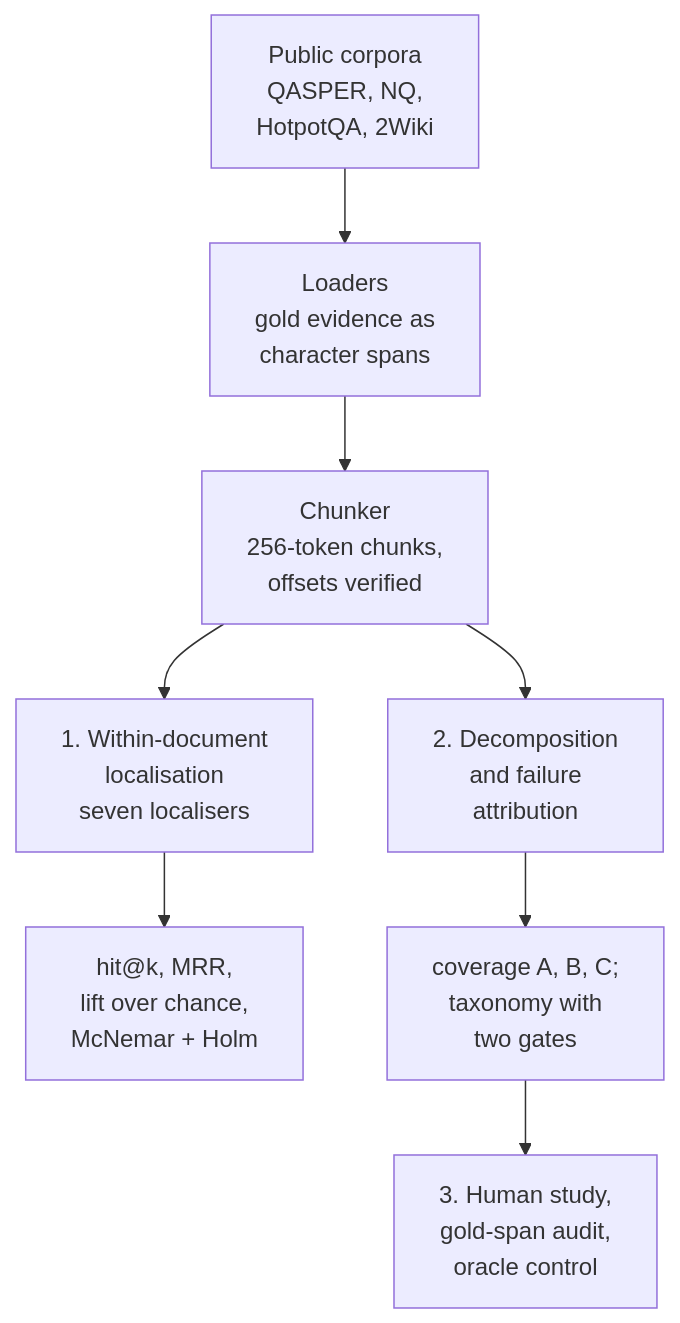
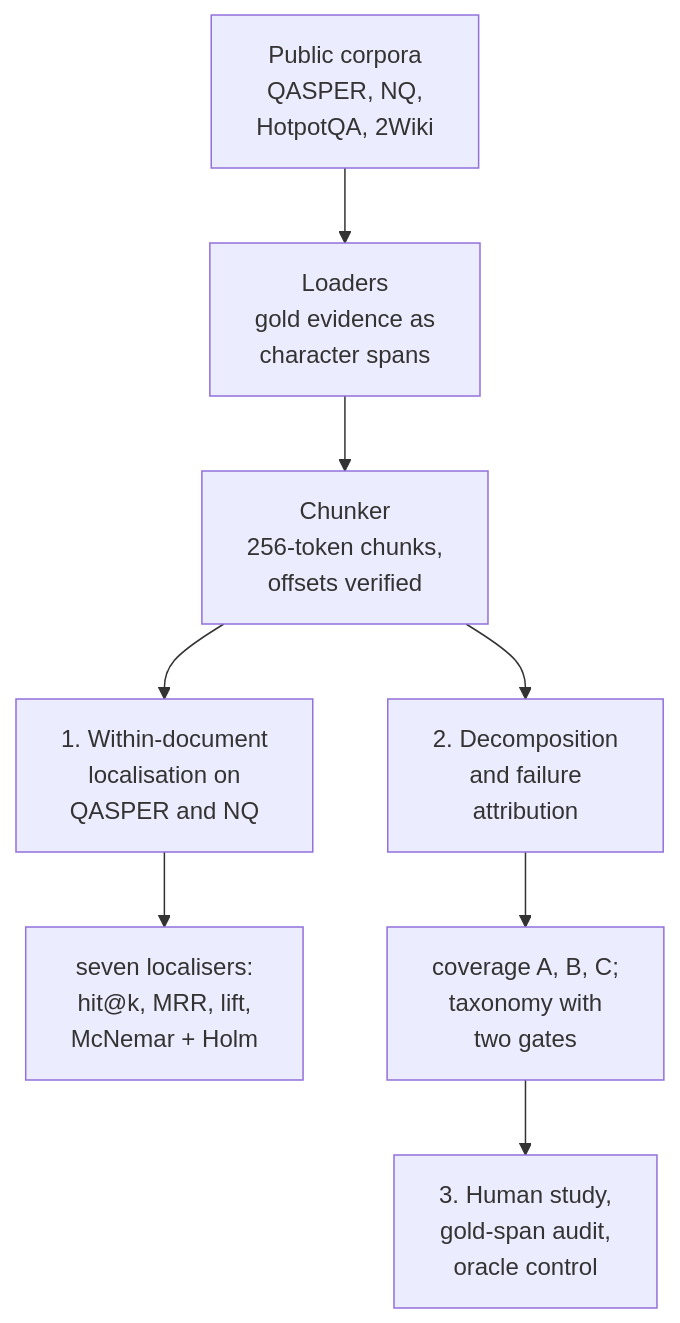
Before and after one commit to pouyapd/TrustRAG: the diagram in README.md, drawn with Mermaid. The commit also changed other lines of this file and 4 other files, not shown here.

````diff
--- a/README.md
+++ b/README.md
@@ -64,10 +64,10 @@
 ```mermaid
 flowchart TD
     A["Public corpora<br/>QASPER, NQ,<br/>HotpotQA, 2Wiki"] --> B["Loaders<br/>gold evidence as<br/>character spans"]
     B --> C["Chunker<br/>256-token chunks,<br/>offsets verified"]
-    C --> L["1. Within-document<br/>localisation<br/>seven localisers"]
+    C --> L["1. Within-document<br/>localisation on<br/>QASPER and NQ"]
     C --> R["2. Decomposition<br/>and failure<br/>attribution"]
-    L --> LS["hit@k, MRR,<br/>lift over chance,<br/>McNemar + Holm"]
+    L --> LS["seven localisers:<br/>hit@k, MRR, lift,<br/>McNemar + Holm"]
     R --> RS["coverage A, B, C;<br/>taxonomy with<br/>two gates"]
     RS --> H["3. Human study,<br/>gold-span audit,<br/>oracle control"]
 ```
````
